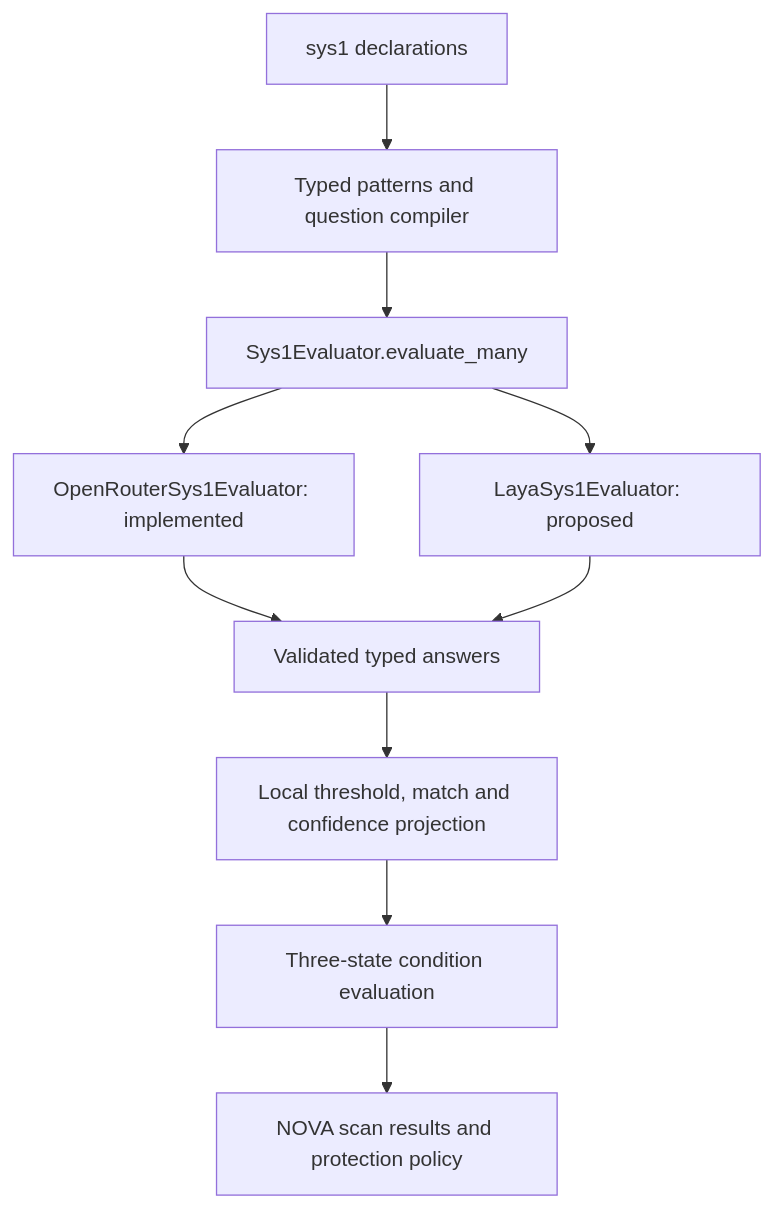
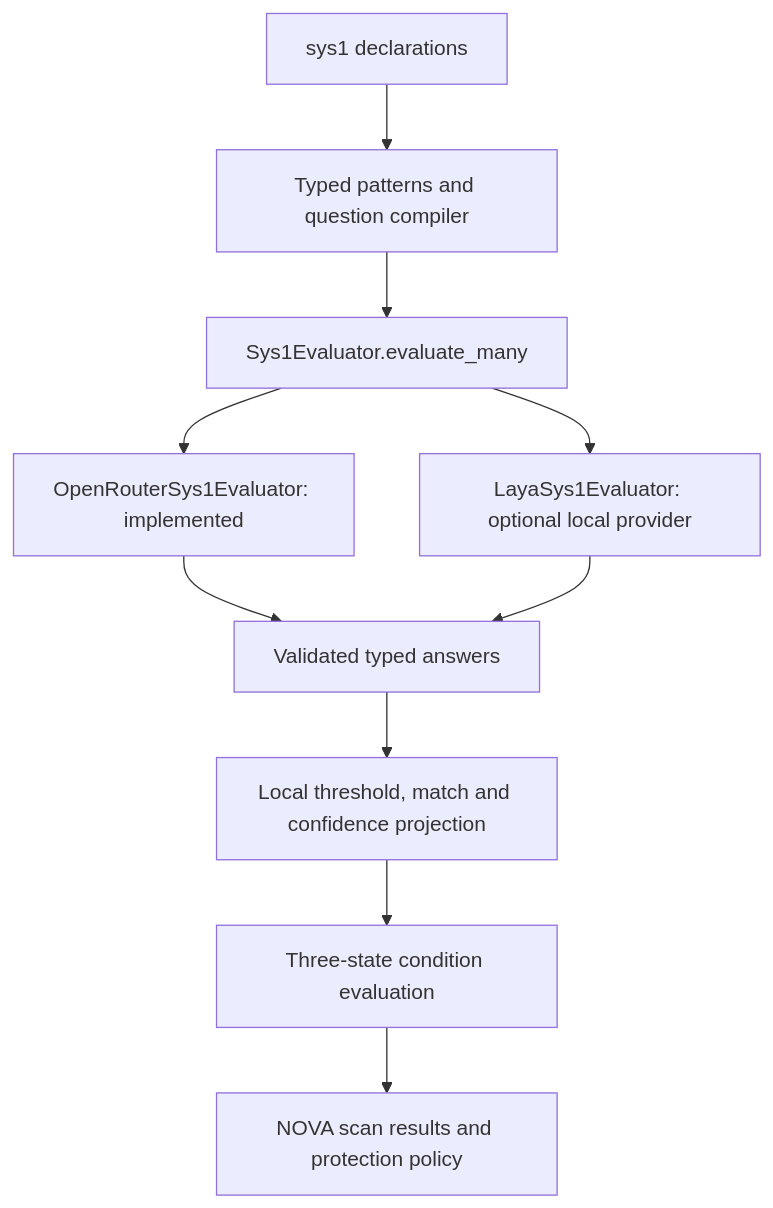
Before and after one commit to Nova-Hunting/nova-framework: the diagram in docs/design/laya-integration.md, drawn with Mermaid. The commit also changed other lines of this file and 28 other files, not shown here.

Commit message:
feat(sys1): add optional local Laya provider and explicit model setup

````diff
--- a/docs/design/laya-integration.md
+++ b/docs/design/laya-integration.md
@@ -73,12 +73,12 @@
 ```mermaid
 flowchart TD
     A[sys1 declarations] --> B[Typed patterns and question compiler]
     B --> C[Sys1Evaluator.evaluate_many]
     C --> D[OpenRouterSys1Evaluator: implemented]
-    C --> E[LayaSys1Evaluator: proposed]
+    C --> E[LayaSys1Evaluator: optional local provider]
     D --> F[Validated typed answers]
     E --> F
     F --> G[Local threshold, match and confidence projection]
     G --> H[Three-state condition evaluation]
     H --> I[NOVA scan results and protection policy]
 ```
````
